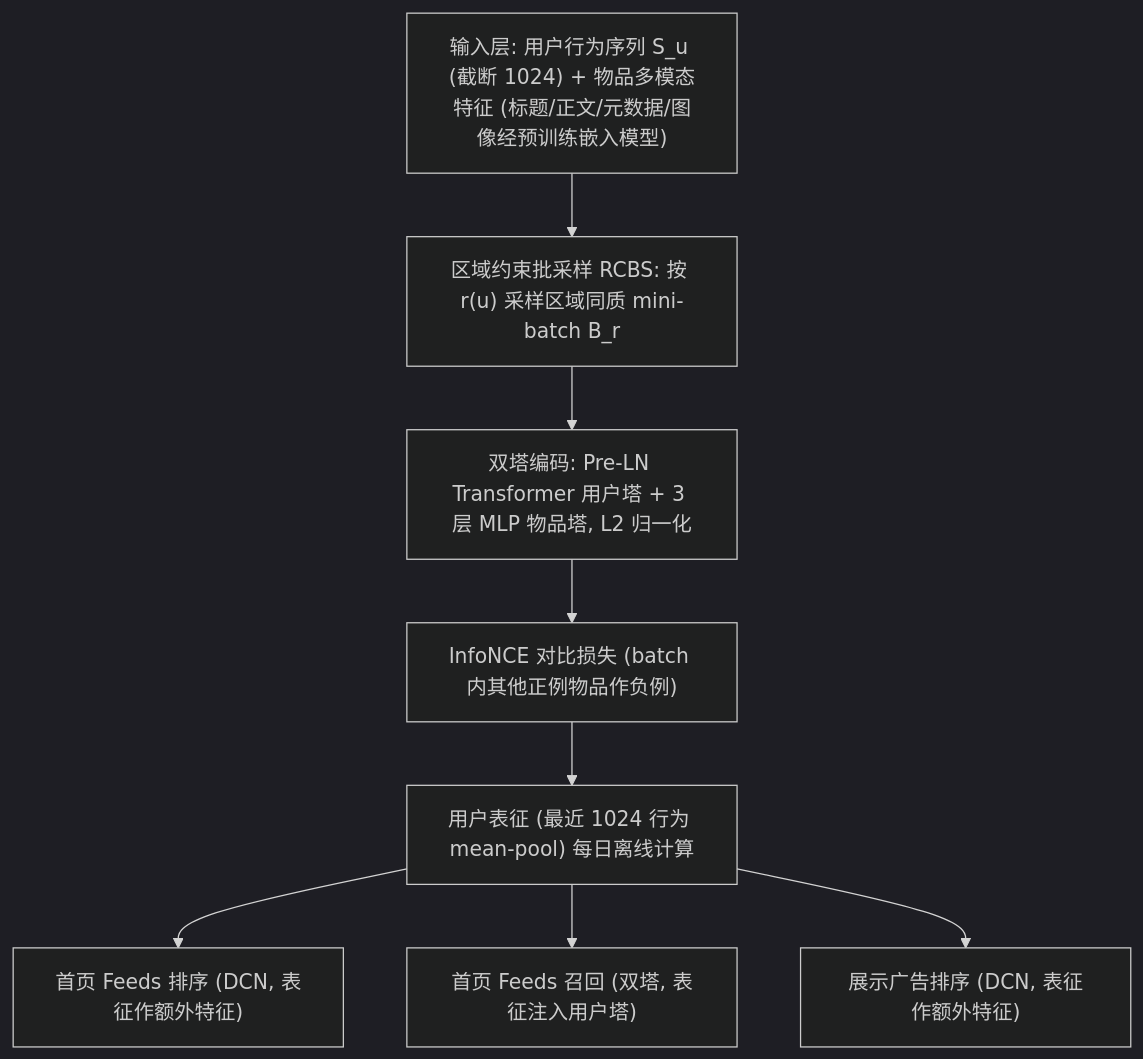
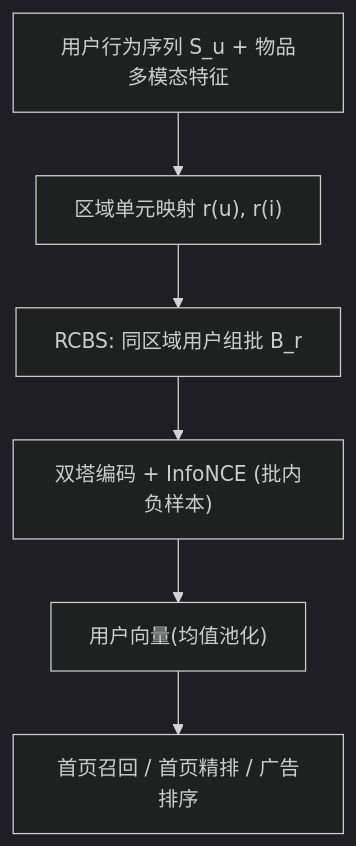
The diagram in docs/venues/SIGIR/2026/self_supervised_denoising/don_t_contrast_the_impossible_region_constrained_batching_for_contrastive_u.md (jbdcia321vw/Paper-Notes), drawn with Mermaid (dark theme) before and after one commit. The commit also changed other lines of this file and 37 other files, not shown here.

````diff
--- a/docs/venues/SIGIR/2026/self_supervised_denoising/don_t_contrast_the_impossible_region_constrained_batching_for_contrastive_u.md
+++ b/docs/venues/SIGIR/2026/self_supervised_denoising/don_t_contrast_the_impossible_region_constrained_batching_for_contrastive_u.md
@@ -54,10 +47,8 @@
 ```mermaid
 flowchart TD
-    A["输入层: 用户行为序列 S_u (截断 1024) + 物品多模态特征 (标题/正文/元数据/图像经预训练嵌入模型)"] --> B["区域约束批采样 RCBS: 按 r(u) 采样区域同质 mini-batch B_r"]
-    B --> C["双塔编码: Pre-LN Transformer 用户塔 + 3 层 MLP 物品塔, L2 归一化"]
-    C --> D["InfoNCE 对比损失 (batch 内其他正例物品作负例)"]
-    D --> E["用户表征 (最近 1024 行为 mean-pool) 每日离线计算"]
-    E --> F1["首页 Feeds 排序 (DCN, 表征作额外特征)"]
-    E --> F2["首页 Feeds 召回 (双塔, 表征注入用户塔)"]
-    E --> F3["展示广告排序 (DCN, 表征作额外特征)"]
+    A["用户行为序列 S_u + 物品多模态特征"] --> B["区域单元映射 r(u), r(i)"]
+    B --> C["RCBS: 同区域用户组批 B_r"]
+    C --> D["双塔编码 + InfoNCE (批内负样本)"]
+    D --> E["用户向量(均值池化)"]
+    E --> F["首页召回 / 首页精排 / 广告排序"]
 ```
````
